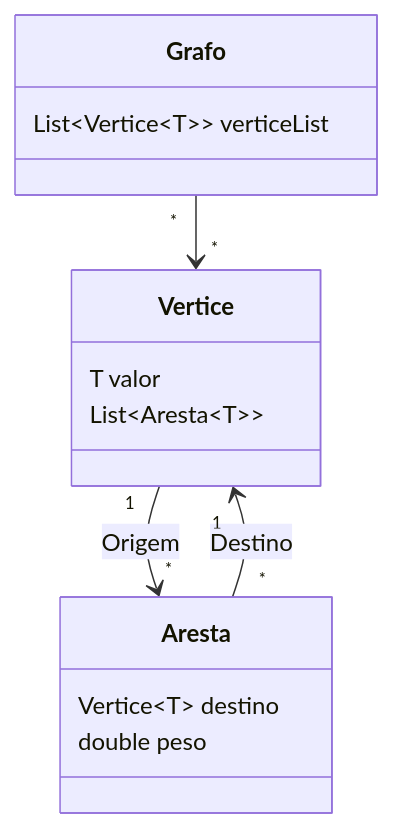
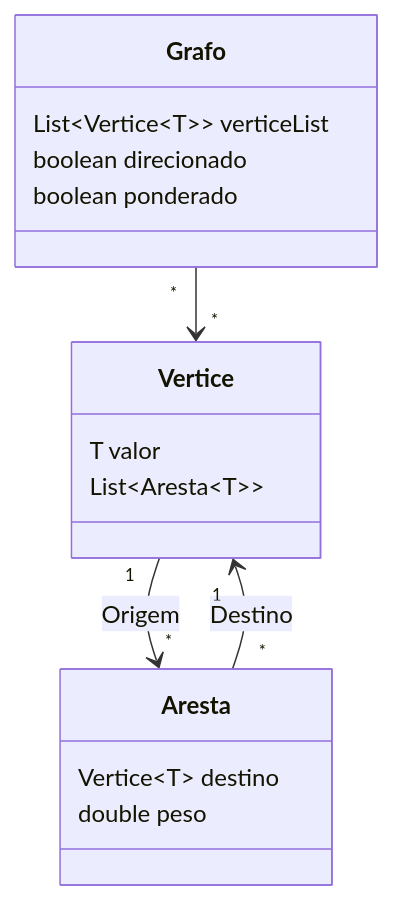
One commit to Nicolas-Botelho/Grafo_TPA changed the diagram in lib/README.md. Above: the diagram before and after it, drawn with Mermaid. The commit also changed 2 other files, not shown here.

Commit message:
feat: opcao do grafo ser direcionado e ponderado

````diff
--- a/lib/README.md
+++ b/lib/README.md
@@ -8,21 +8,23 @@
 ```mermaid
 classDiagram
 
     class Grafo{
         List~Vertice~T~~ verticeList
+        boolean direcionado
+        boolean ponderado
     }
 
     class Aresta{
         Vertice~T~ destino
         double peso
     }
 
     class Vertice{
         T valor
         List~Aresta~T~~
     }
 
     Grafo "*" --> "*" Vertice
     Vertice "1" --> "*" Aresta : Origem
     Aresta "*" --> "1" Vertice : Destino
 ```
````
